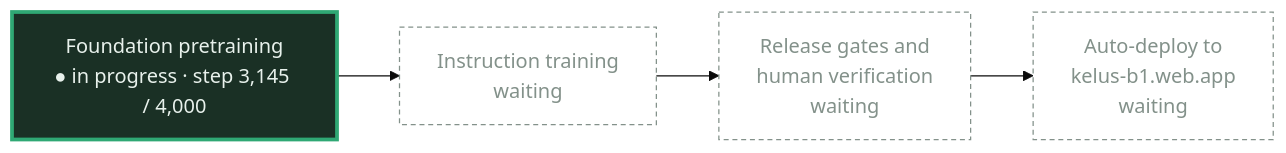
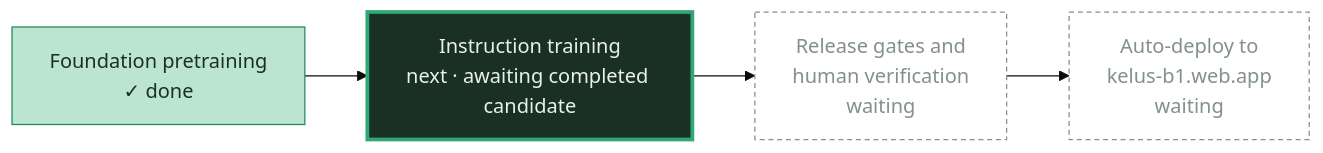
One commit to KelusIDE/KelusModelB1 changed the first of 2 diagrams in README.md. Above: the diagram before and after it, drawn with Mermaid (base theme). The commit also changed other lines of this file and 108 other files, not shown here.

````diff
--- a/README.md
+++ b/README.md
@@ -177,11 +241,11 @@
 ```mermaid
 flowchart LR
-    F["Foundation pretraining<br/>● in progress · step 3,145 / 4,000"]:::now
-    I["Instruction training<br/>waiting"]:::waiting
+    F["Foundation pretraining<br/>✓ done"]:::done
+    I["Instruction training<br/>next · awaiting completed candidate"]:::now
     G["Release gates and<br/>human verification<br/>waiting"]:::waiting
     D["Auto-deploy to<br/>kelus-b1.web.app<br/>waiting"]:::waiting
     F --> I --> G --> D
     classDef done fill:#bce5d1,stroke:#1f8a5b,color:#1a3025
     classDef now fill:#1a3025,stroke:#2fa874,stroke-width:3px,color:#e8f1ec
     classDef waiting fill:none,stroke:#83918a,stroke-dasharray:4 3,color:#83918a
 ```
````
